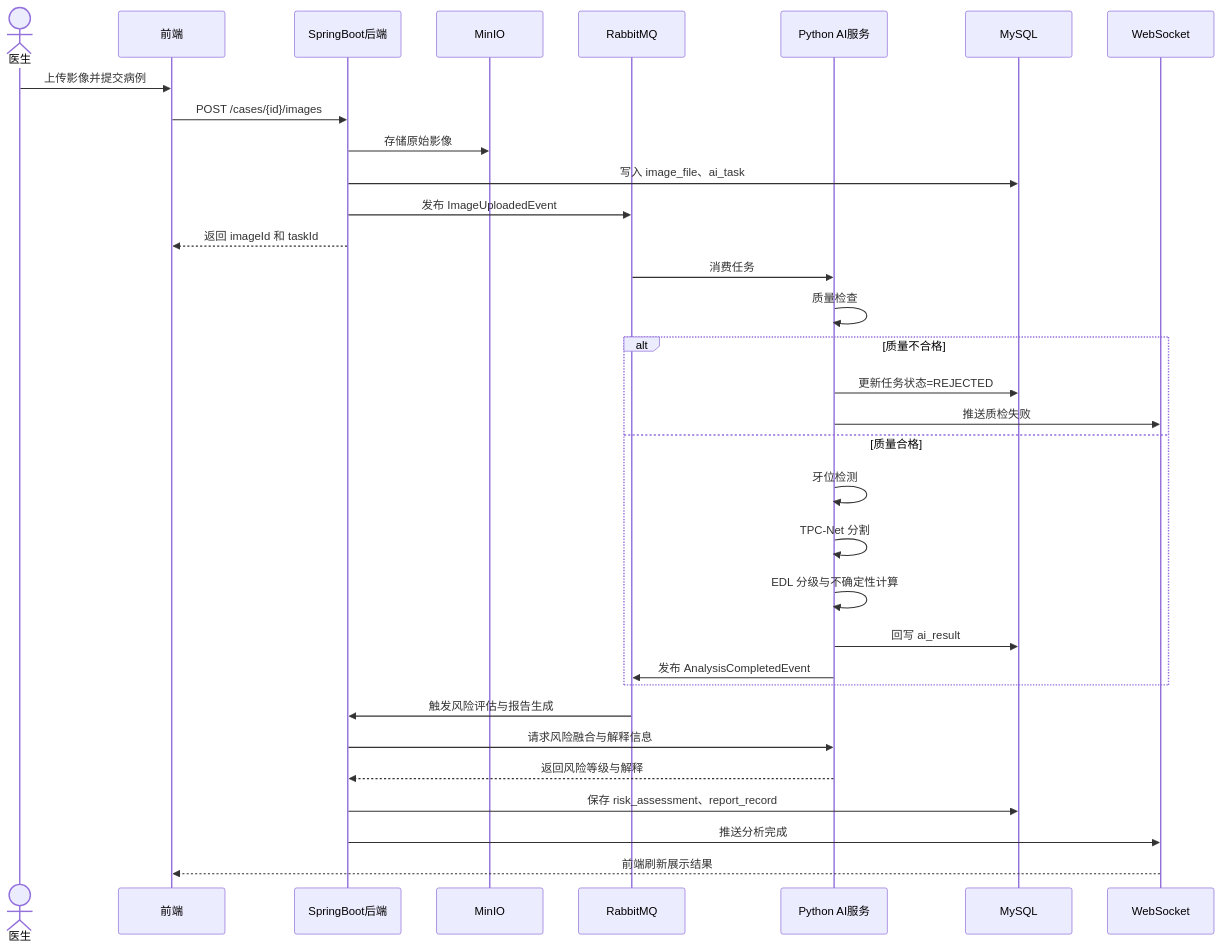
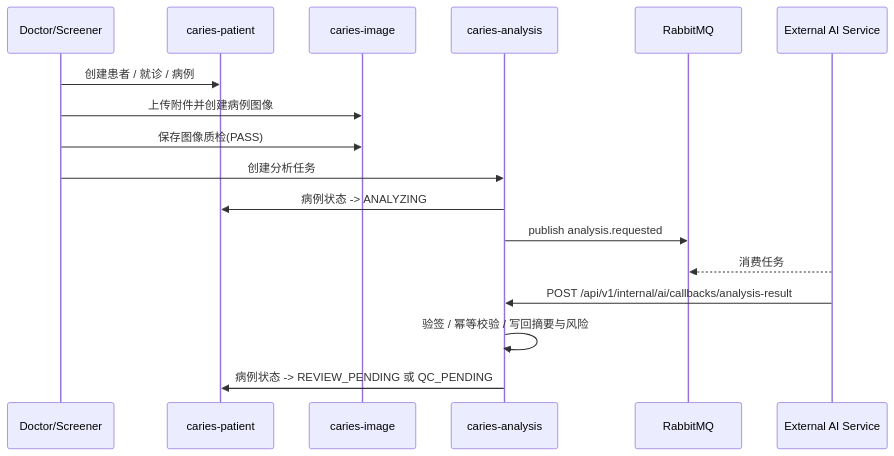
The third of 7 diagrams in Documents/02_UML图集.md (lizhuoheng47/caries_guard), drawn with Mermaid before and after one commit. The commit also changed other lines of this file and 83 other files, not shown here.

First line of the commit message:
docs(architecture): 添加系统架构与开发规范文档

````diff
--- a/Documents/02_UML图集.md
+++ b/Documents/02_UML图集.md
@@ -429,38 +96,20 @@
 ```mermaid
 sequenceDiagram
-    actor Doctor as 医生
-    participant FE as 前端
-    participant API as SpringBoot后端
-    participant MinIO as MinIO
+    participant User as Doctor/Screener
+    participant Case as caries-patient
+    participant Image as caries-image
+    participant Analysis as caries-analysis
     participant MQ as RabbitMQ
-    participant AI as Python AI服务
-    participant DB as MySQL
-    participant WS as WebSocket
+    participant AI as External AI Service
 
-    Doctor->>FE: 上传影像并提交病例
-    FE->>API: POST /cases/{id}/images
-    API->>MinIO: 存储原始影像
-    API->>DB: 写入 image_file、ai_task
-    API->>MQ: 发布 ImageUploadedEvent
-    API-->>FE: 返回 imageId 和 taskId
-
-    MQ->>AI: 消费任务
-    AI->>AI: 质量检查
-    alt 质量不合格
-        AI->>DB: 更新任务状态=REJECTED
-        AI->>WS: 推送质检失败
-    else 质量合格
-        AI->>AI: 牙位检测
-        AI->>AI: TPC-Net 分割
-        AI->>AI: EDL 分级与不确定性计算
-        AI->>DB: 回写 ai_result
-        AI->>MQ: 发布 AnalysisCompletedEvent
-    end
-
-    MQ->>API: 触发风险评估与报告生成
-    API->>AI: 请求风险融合与解释信息
-    AI-->>API: 返回风险等级与解释
-    API->>DB: 保存 risk_assessment、report_record
-    API->>WS: 推送分析完成
-    WS-->>FE: 前端刷新展示结果
+    User->>Case: 创建患者 / 就诊 / 病例
+    User->>Image: 上传附件并创建病例图像
+    User->>Image: 保存图像质检(PASS)
+    User->>Analysis: 创建分析任务
+    Analysis->>Case: 病例状态 -> ANALYZING
+    Analysis->>MQ: publish analysis.requested
+    AI-->>MQ: 消费任务
+    AI->>Analysis: POST /api/v1/internal/ai/callbacks/analysis-result
+    Analysis->>Analysis: 验签 / 幂等校验 / 写回摘要与风险
+    Analysis->>Case: 病例状态 -> REVIEW_PENDING 或 QC_PENDING
 ```
````
